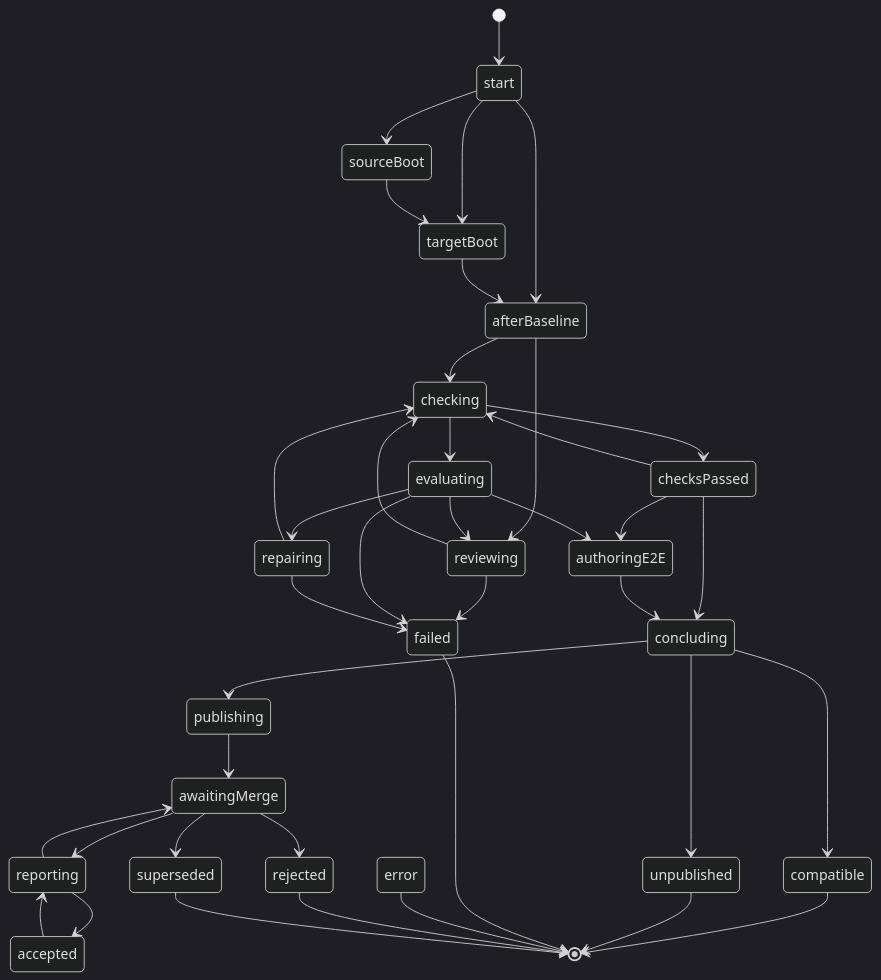
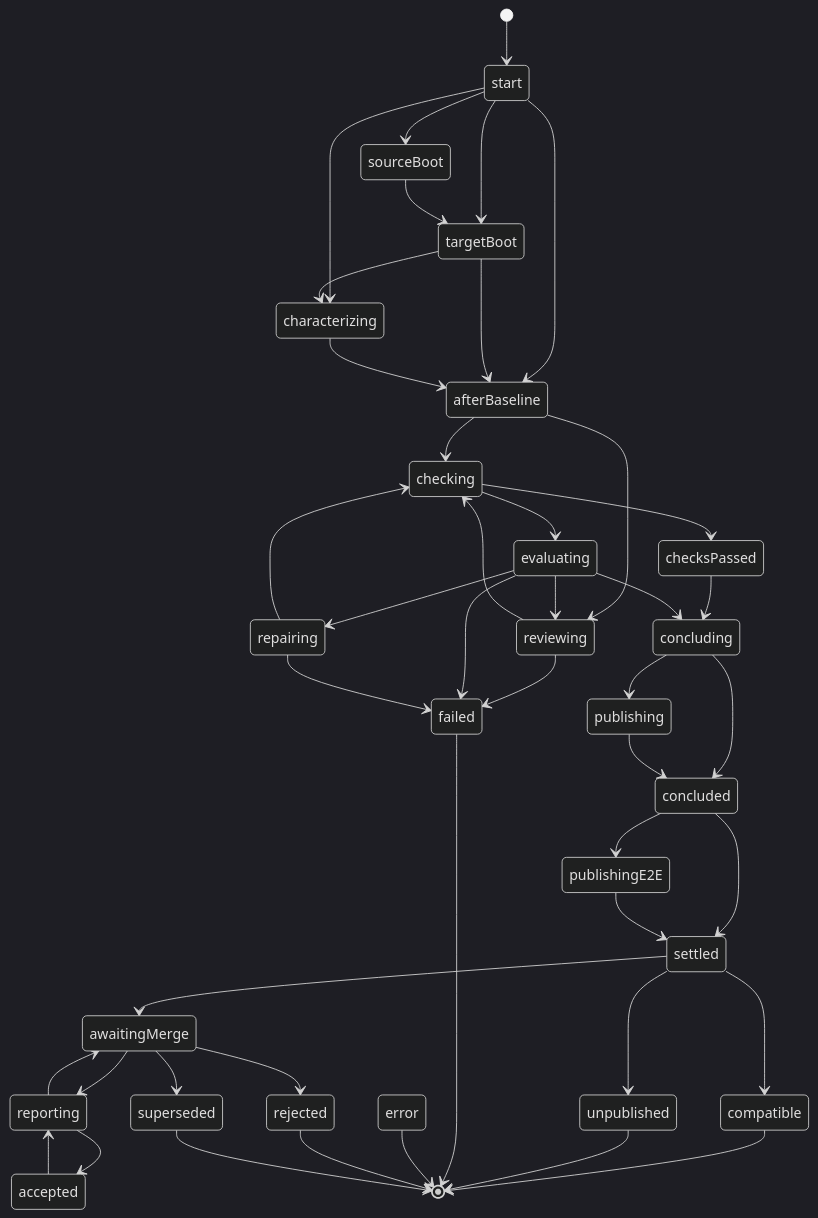
One commit to royenheart/dsh-migrate-bot changed the diagram in docs/reference/workflow.md. Above: the diagram before and after it, drawn with Mermaid (dark theme). The commit also changed other lines of this file and 38 other files, not shown here.

First line of the commit message:
feat(e2e)!: record an end-to-end baseline on the source release and check it on the target

````diff
--- a/docs/reference/workflow.md
+++ b/docs/reference/workflow.md
@@ -14,41 +14,46 @@
 ```mermaid
 stateDiagram-v2
   [*] --> start
   start --> sourceBoot
   start --> targetBoot
+  start --> characterizing
   start --> afterBaseline
   sourceBoot --> targetBoot
+  targetBoot --> characterizing
   targetBoot --> afterBaseline
+  characterizing --> afterBaseline
   afterBaseline --> checking
   afterBaseline --> reviewing
   reviewing --> failed
   reviewing --> checking
   checking --> checksPassed
   checking --> evaluating
   checksPassed --> concluding
-  checksPassed --> checking
-  checksPassed --> authoringE2E
   evaluating --> reviewing
   evaluating --> repairing
-  evaluating --> authoringE2E
+  evaluating --> concluding
   evaluating --> failed
   repairing --> failed
   repairing --> checking
-  authoringE2E --> concluding
   concluding --> publishing
-  concluding --> unpublished
-  concluding --> compatible
-  publishing --> awaitingMerge
+  concluding --> concluded
+  publishing --> concluded
+  concluded --> publishingE2E
+  concluded --> settled
+  publishingE2E --> settled
+  settled --> awaitingMerge
+  settled --> unpublished
+  settled --> compatible
   awaitingMerge --> reporting
   awaitingMerge --> rejected
   awaitingMerge --> superseded
   accepted --> reporting
   reporting --> accepted
   reporting --> awaitingMerge
   compatible --> [*]
   unpublished --> [*]
   failed --> [*]
   error --> [*]
   rejected --> [*]
   superseded --> [*]
 ```
````
